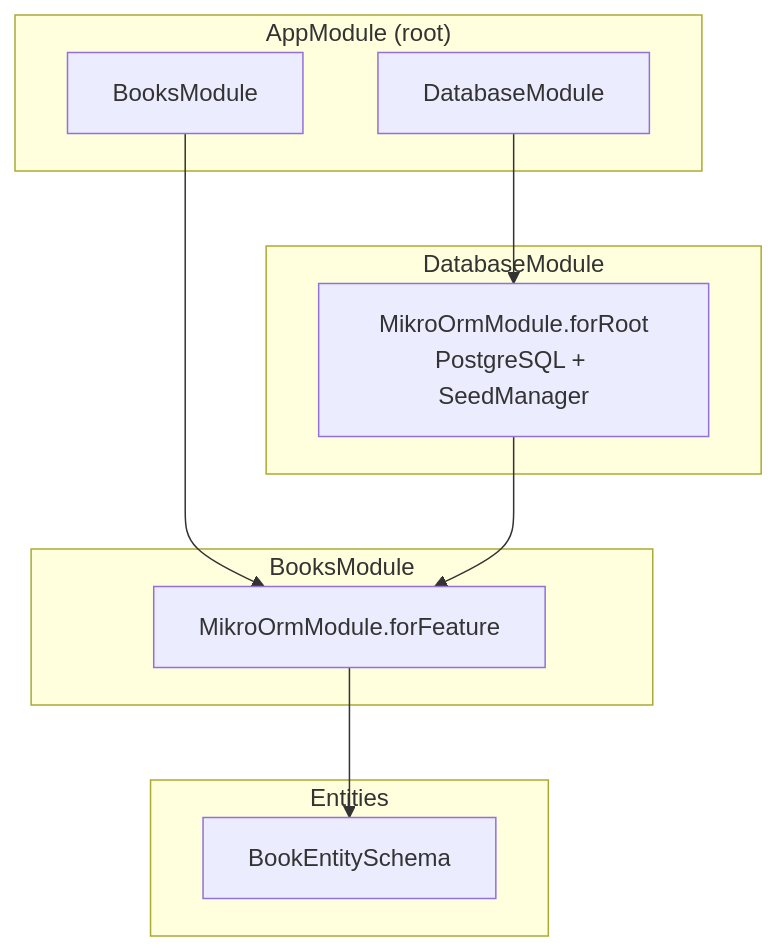
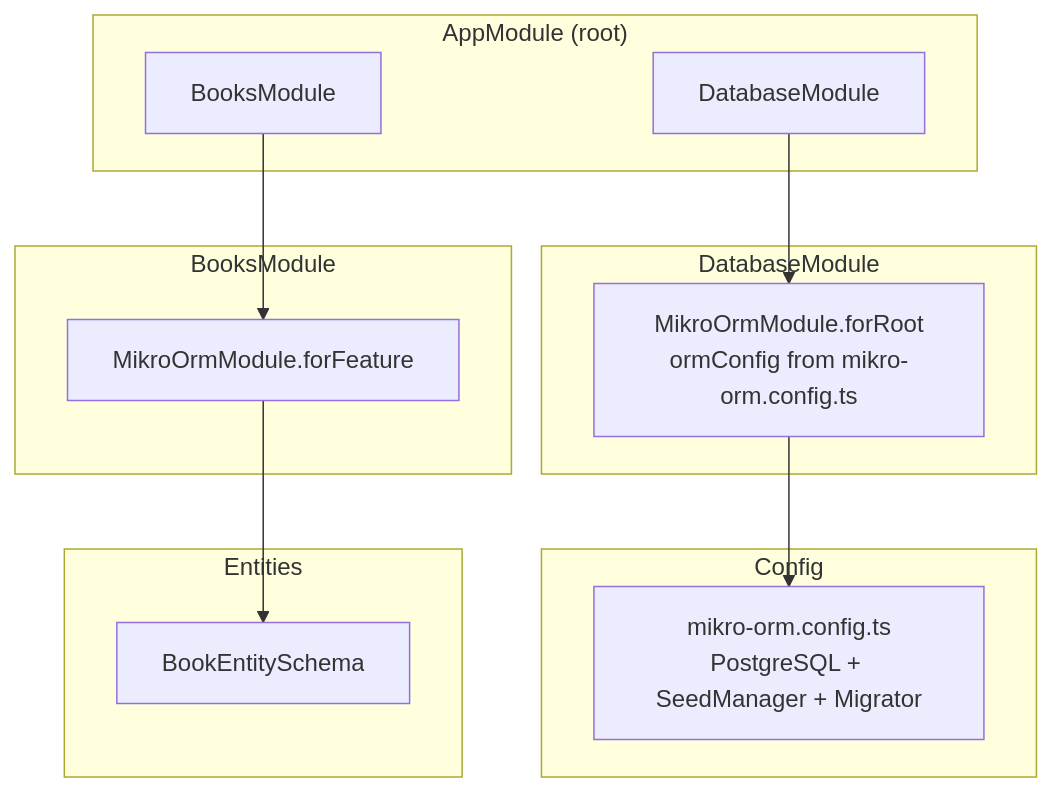
One commit to Agustin-Perezz/scaffold-nestjs changed the fourth of 4 diagrams in docs/01_ARCHITECTURE.md. Above: the diagram before and after it, drawn with Mermaid. The commit also changed other lines of this file and 4 other files, not shown here.

Commit message:
Document migrations, dotenv, and shared MikroORM config

````diff
--- a/docs/01_ARCHITECTURE.md
+++ b/docs/01_ARCHITECTURE.md
@@ -144,24 +146,28 @@
 ```mermaid
 graph TB
     subgraph AppModule["AppModule (root)"]
         DBMOD[DatabaseModule]
         BOOKSMOD[BooksModule]
     end
 
     subgraph DatabaseModule["DatabaseModule"]
-        A[MikroOrmModule.forRoot<br/>PostgreSQL + SeedManager]
+        A[MikroOrmModule.forRoot<br/>ormConfig from mikro-orm.config.ts]
     end
 
     subgraph BooksModule["BooksModule"]
         B[MikroOrmModule.forFeature]
+    end
+
+    subgraph Config
+        CFG[mikro-orm.config.ts<br/>PostgreSQL + SeedManager + Migrator]
     end
 
     subgraph Entities
         C[BookEntitySchema]
     end
 
     DBMOD --> A
     BOOKSMOD --> B
-    A --> B
+    A --> CFG
     B --> C
 ```
````
